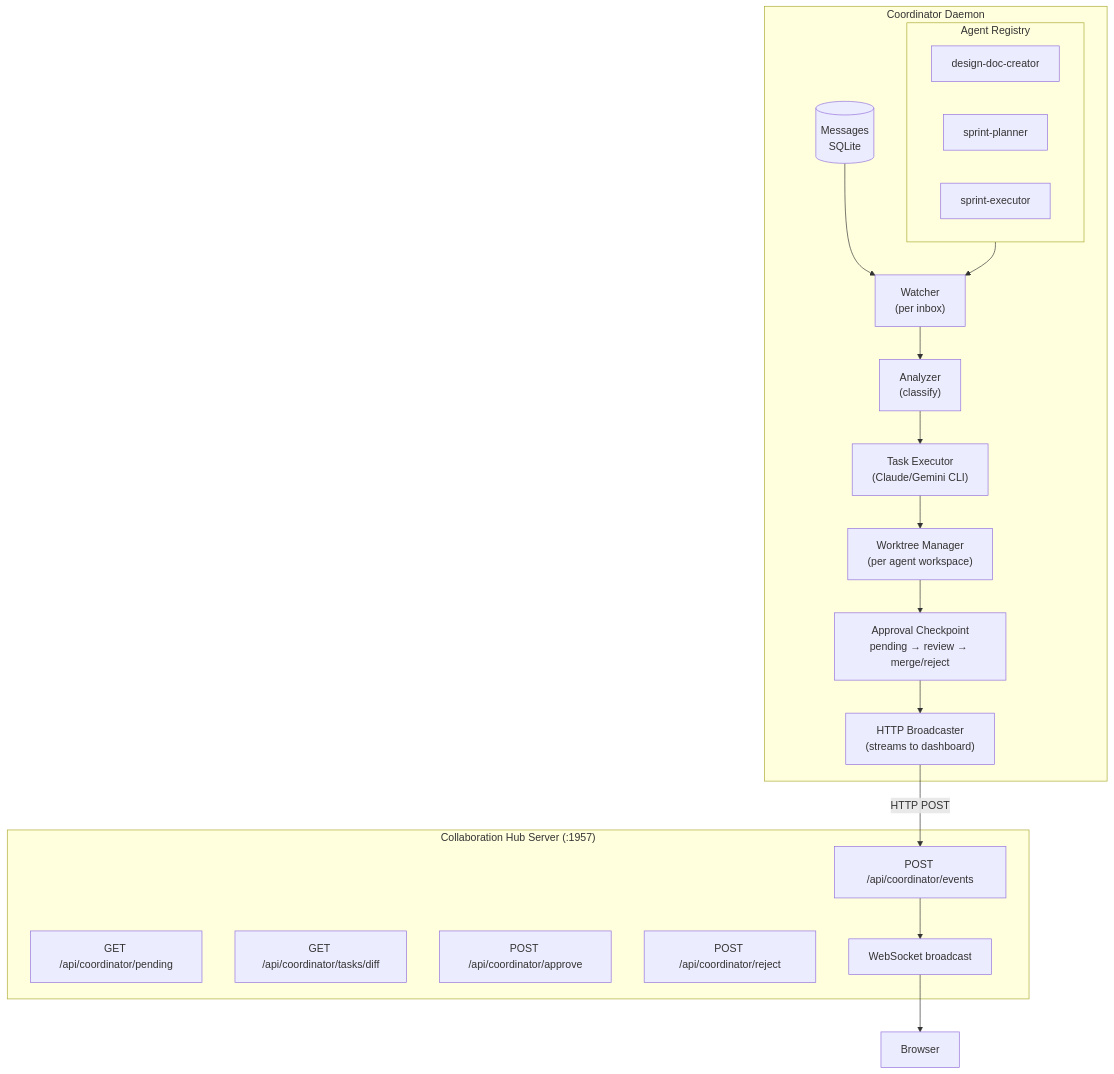
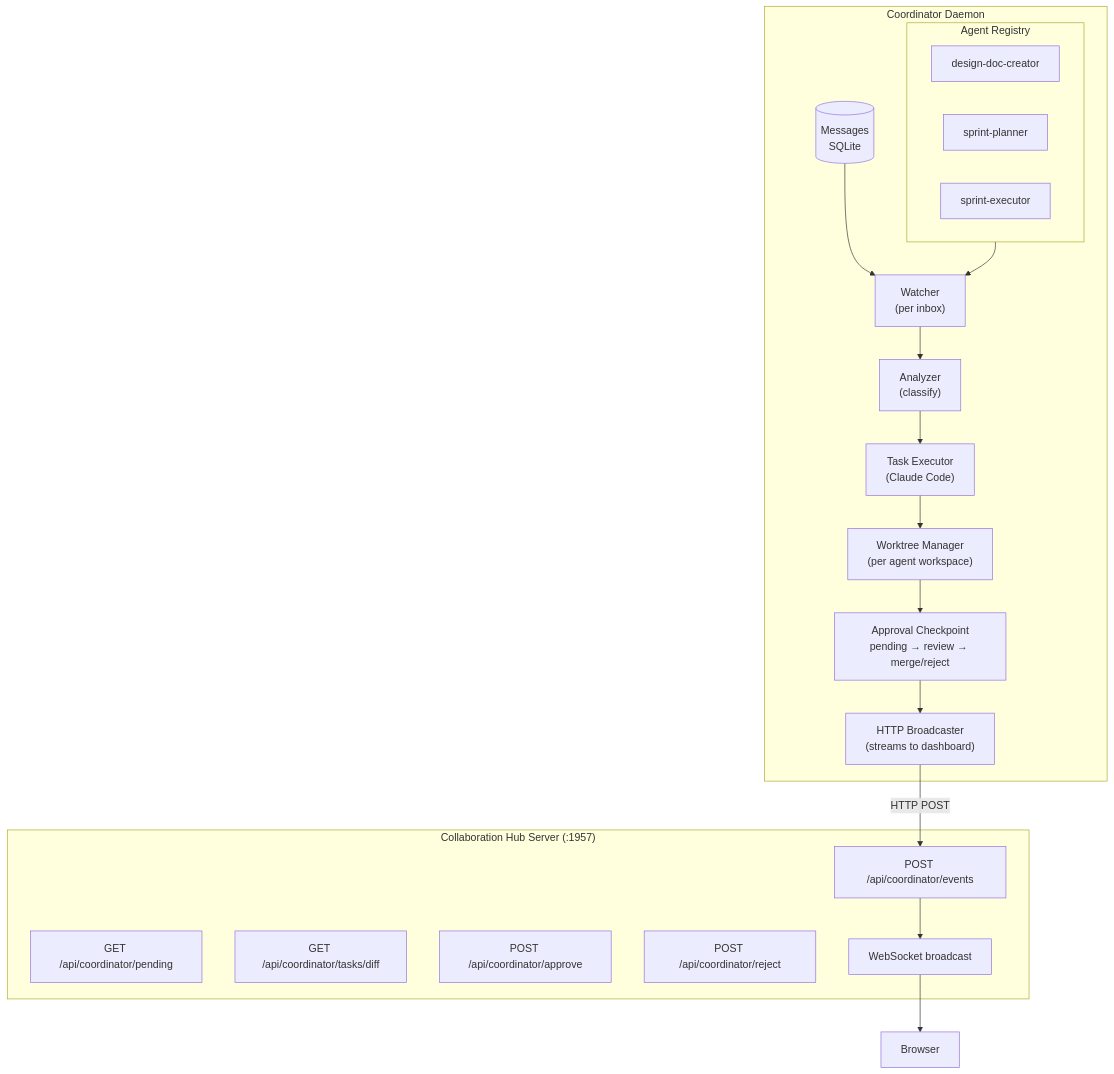
One commit to sunholo-data/ailang changed the second of 2 diagrams in docs/docs/guides/coordinator.md. Above: the diagram before and after it, drawn with Mermaid. The commit also changed other lines of this file and 21 other files, not shown here.

````diff
--- a/docs/docs/guides/coordinator.md
+++ b/docs/docs/guides/coordinator.md
@@ -876,41 +876,41 @@
 ```mermaid
 flowchart TB
     subgraph Daemon["Coordinator Daemon"]
         subgraph Registry["Agent Registry"]
             DDC2["design-doc-creator"]
             SP2["sprint-planner"]
             SE2["sprint-executor"]
         end
 
         Watcher["Watcher<br/>(per inbox)"]
         Analyzer["Analyzer<br/>(classify)"]
-        Executor["Task Executor<br/>(Claude/Gemini CLI)"]
+        Executor["Task Executor<br/>(Claude Code)"]
         Messages[("Messages<br/>SQLite")]
         Worktree["Worktree Manager<br/>(per agent workspace)"]
         Approval["Approval Checkpoint<br/>pending → review → merge/reject"]
         Broadcaster["HTTP Broadcaster<br/>(streams to dashboard)"]
 
         Registry --> Watcher
         Messages --> Watcher
         Watcher --> Analyzer
         Analyzer --> Executor
         Executor --> Worktree
         Worktree --> Approval
         Approval --> Broadcaster
     end
 
     subgraph Server["Collaboration Hub Server (:1957)"]
         Events["POST /api/coordinator/events"]
         Pending["GET /api/coordinator/pending"]
         Diff["GET /api/coordinator/tasks/diff"]
         ApproveAPI["POST /api/coordinator/approve"]
         RejectAPI["POST /api/coordinator/reject"]
         WS["WebSocket broadcast"]
     end
 
     Browser["Browser"]
 
     Broadcaster -->|"HTTP POST"| Events
     Events --> WS
     WS --> Browser
 ```
````
